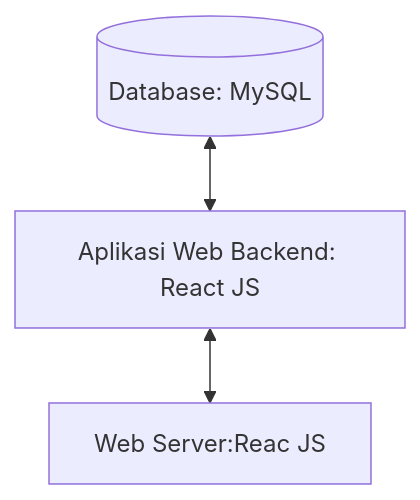
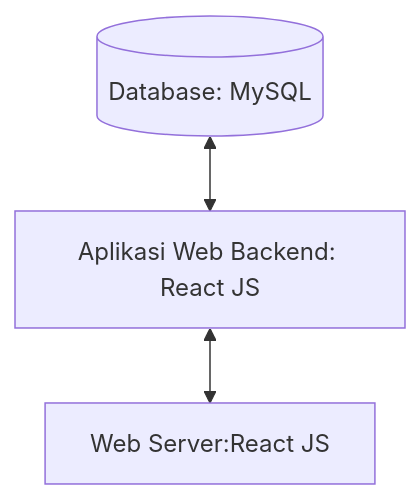
The second of 2 diagrams in README.md (aldypermana20/Interview.pengenalaninformatika), drawn with Mermaid before and after one commit.

````diff
--- a/README.md
+++ b/README.md
@@ -92,4 +92,4 @@
 ```mermaid
 flowchart TD
-    id1[(Database: MySQL)] <--> id2[Aplikasi Web Backend: React JS] <--> id3[Web Server:Reac JS]  
+    id1[(Database: MySQL)] <--> id2[Aplikasi Web Backend: React JS] <--> id3[Web Server:React JS]  
 ```
````
